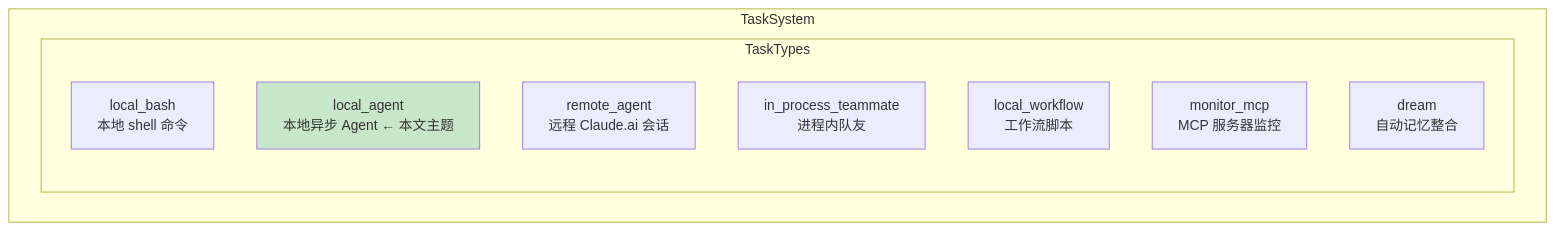
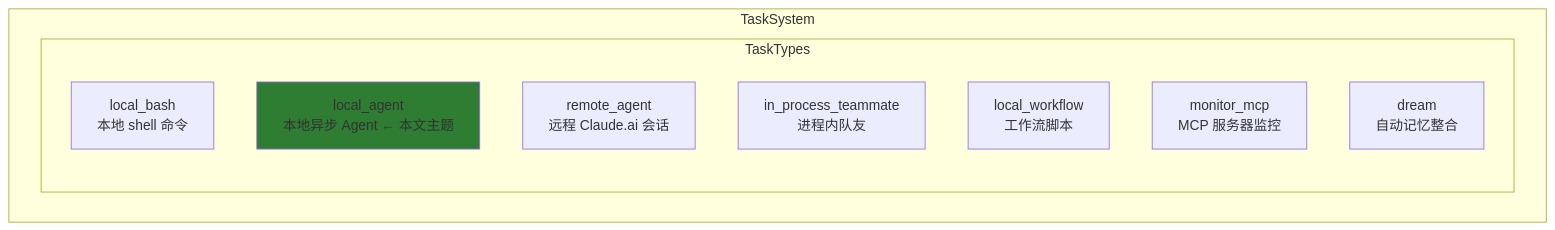
The first of 15 diagrams in harness/docs/deep/AGENT-SYSTEM.md (platootalp/harness-code), drawn with Mermaid before and after one commit. The commit also changed other lines of this file and 10 other files, not shown here.

````diff
--- a/harness/docs/deep/AGENT-SYSTEM.md
+++ b/harness/docs/deep/AGENT-SYSTEM.md
@@ -41,16 +41,16 @@
 ```mermaid
 flowchart TD
     subgraph TaskSystem
         subgraph TaskTypes
             TB["local_bash<br/>本地 shell 命令"]
             TA["local_agent<br/>本地异步 Agent ← 本文主题"]
             TR["remote_agent<br/>远程 Claude.ai 会话"]
             TT["in_process_teammate<br/>进程内队友"]
             TW["local_workflow<br/>工作流脚本"]
             TM["monitor_mcp<br/>MCP 服务器监控"]
             TD["dream<br/>自动记忆整合"]
         end
     end
 
-    style TA fill:#c8e6c9
+    style TA fill:#2e7d32
 ```
````
